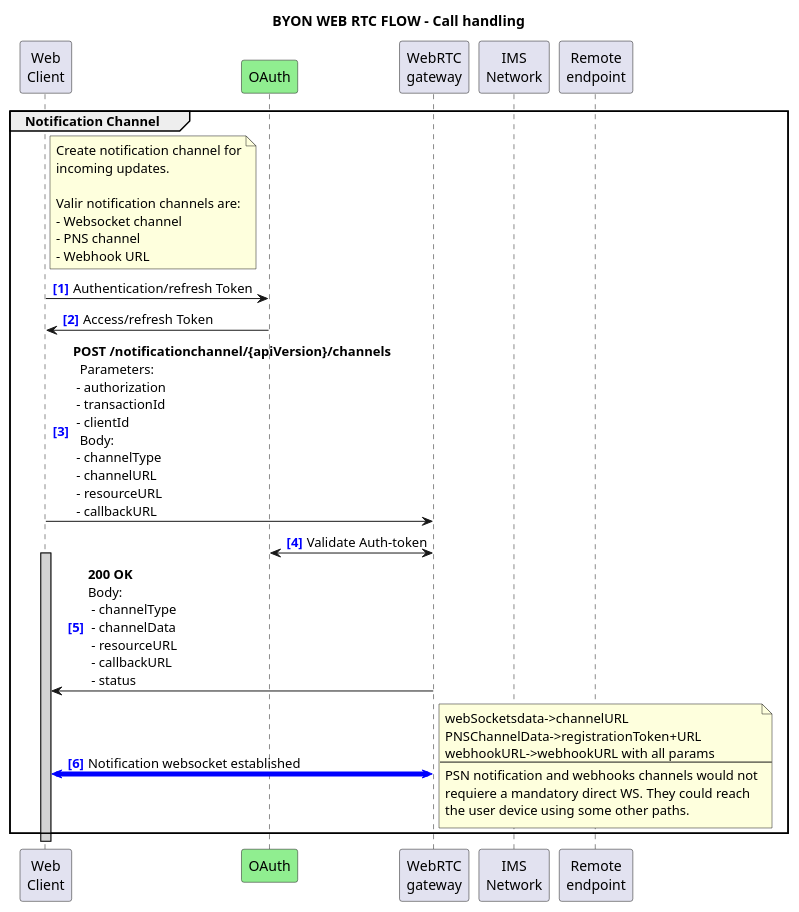
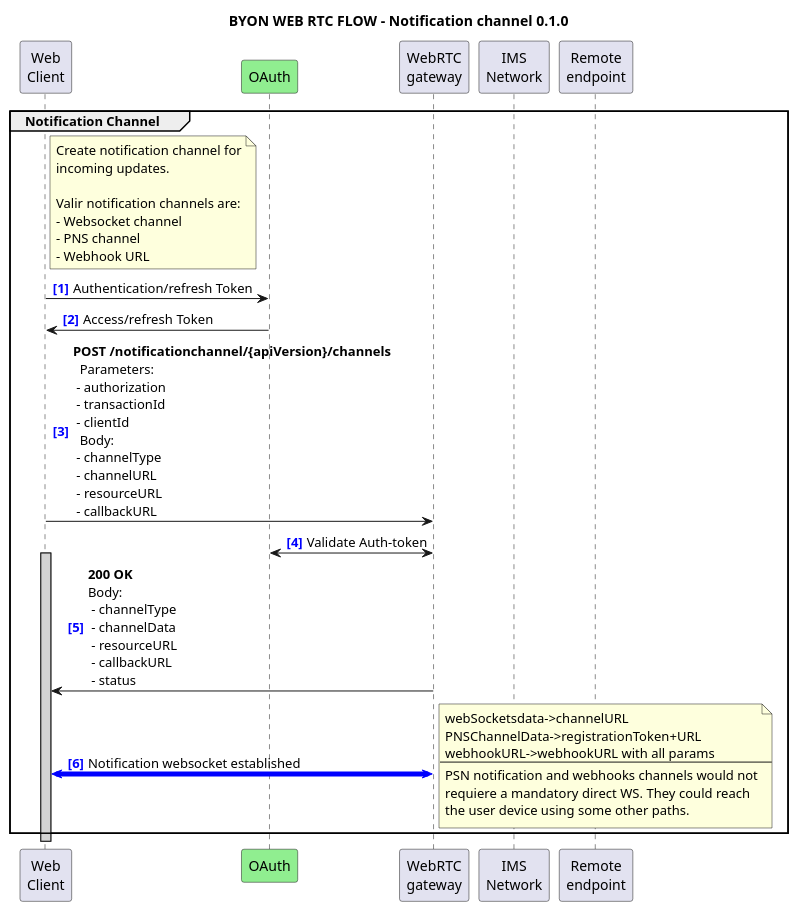
One commit to camaraproject/WebRTC changed the diagram in documentation/API_documentation/FlowsBYON-NotificationChannel.wsd. Above: the diagram before and after it, drawn with PlantUML.

Commit message:
fix title notification channel

```diff
--- a/documentation/API_documentation/FlowsBYON-NotificationChannel.wsd
+++ b/documentation/API_documentation/FlowsBYON-NotificationChannel.wsd
@@ -1,66 +1,66 @@
-@startuml BYON Callhandling
+@startuml BYON NotificationChannel 0.1.0
 
-title "BYON WEB RTC FLOW - Call handling"
+title "BYON WEB RTC FLOW - Notification channel 0.1.0"
 autonumber "<font color=blue><b>[0]"
 
 <style>
 .audioStyle {
   arrow {
     LineColor red
     LineThickness 5
   }
 }
 .wsStyle {
   arrow {
     LineColor blue
     LineThickness 5
   }
 }
 </style>
 
 'participant "Notification\nclient" as WebClient
 participant "Web\nClient" as WebClient
 participant OAuth #LightGreen
 participant "WebRTC\ngateway" as WebRTC_GW
 participant "IMS\nNetwork" as IMS_Network
 participant "Remote\nendpoint" as RemoteEndpoint
 
 ' --- Notification Channel 
 group Notification Channel 
 note right WebClient
   Create notification channel for
   incoming updates.
   
   Valir notification channels are:
   - Websocket channel
   - PNS channel
   - Webhook URL
 end note
 
 WebClient -> OAuth: Authentication/refresh Token
 OAuth -> WebClient: Access/refresh Token
   
 WebClient -> WebRTC_GW: **POST /notificationchannel/{apiVersion}/channels** \n\
   Parameters:\n - authorization\n - transactionId\n - clientId\n\
   Body:\n - channelType\n - channelURL\n - resourceURL\n - callbackURL
 
 WebRTC_GW <-> OAuth: Validate Auth-token
 
 activate WebClient #LightGray
 
 WebRTC_GW -> WebClient: **200 OK**\nBody:\n\
  - channelType\n - channelData\n - resourceURL\n - callbackURL\n - status
 
 WebClient <-> WebRTC_GW <<wsStyle>>: Notification websocket established
 note right 
   webSocketsdata->channelURL
   PNSChannelData->registrationToken+URL
   webhookURL->webhookURL with all params
   --
   PSN notification and webhooks channels would not
   requiere a mandatory direct WS. They could reach
   the user device using some other paths.
 end note
 end
 
 @enduml
```
